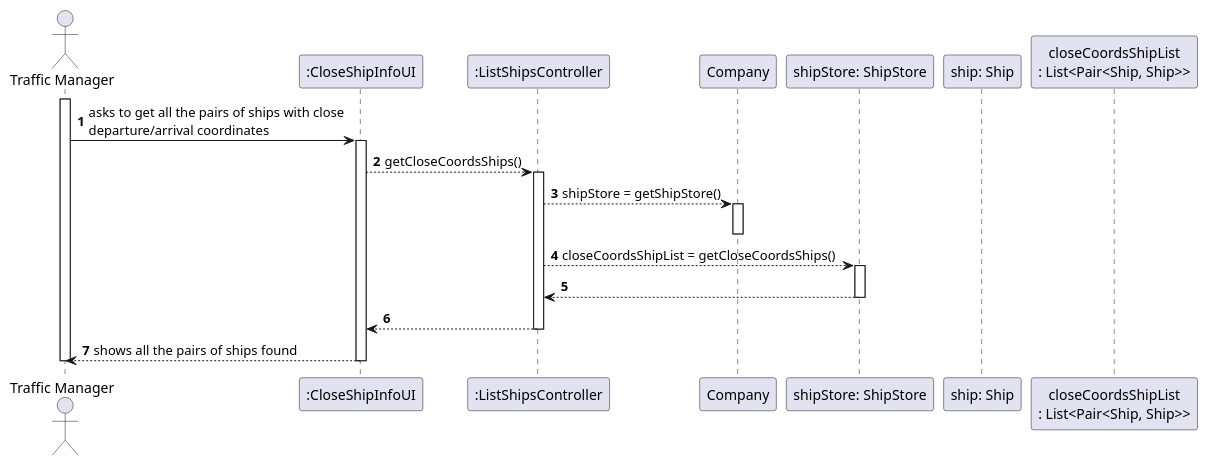
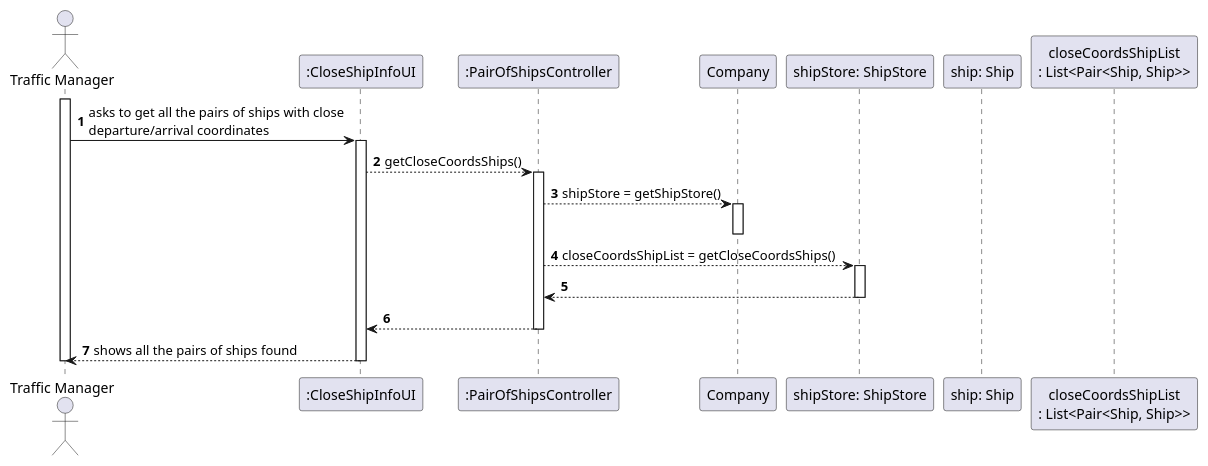
The diagram in docs/Sprint1/US107/US107_SD.puml (mpoboas/lapr3-2021-g102), drawn with PlantUML before and after one commit. The commit also changed 3 other files, not shown here.

```diff
--- a/docs/Sprint1/US107/US107_SD.puml
+++ b/docs/Sprint1/US107/US107_SD.puml
@@ -1,31 +1,31 @@
 @startuml
 autonumber
 'hide footbox
 actor "Traffic Manager" as TF
 
 participant ":CloseShipInfoUI" as UI
-participant ":ListShipsController" as CTRL
+participant ":PairOfShipsController" as CTRL
 participant "Company" as COMP
 participant "shipStore: ShipStore" as STR
 participant "ship: Ship" as SHIP
 participant "closeCoordsShipList\n: List<Pair<Ship, Ship>>"
 
 activate TF
 TF -> UI : asks to get all the pairs of ships with close\ndeparture/arrival coordinates
 activate UI
 UI --> CTRL : getCloseCoordsShips()
 activate CTRL
 CTRL --> COMP : shipStore = getShipStore()
 activate COMP
 deactivate COMP
 CTRL --> STR : closeCoordsShipList = getCloseCoordsShips()
 activate STR
 STR --> CTRL
 deactivate STR
 CTRL --> UI
 deactivate CTRL
 UI --> TF : shows all the pairs of ships found
 deactivate UI
 deactivate TF
 
 @enduml
```
